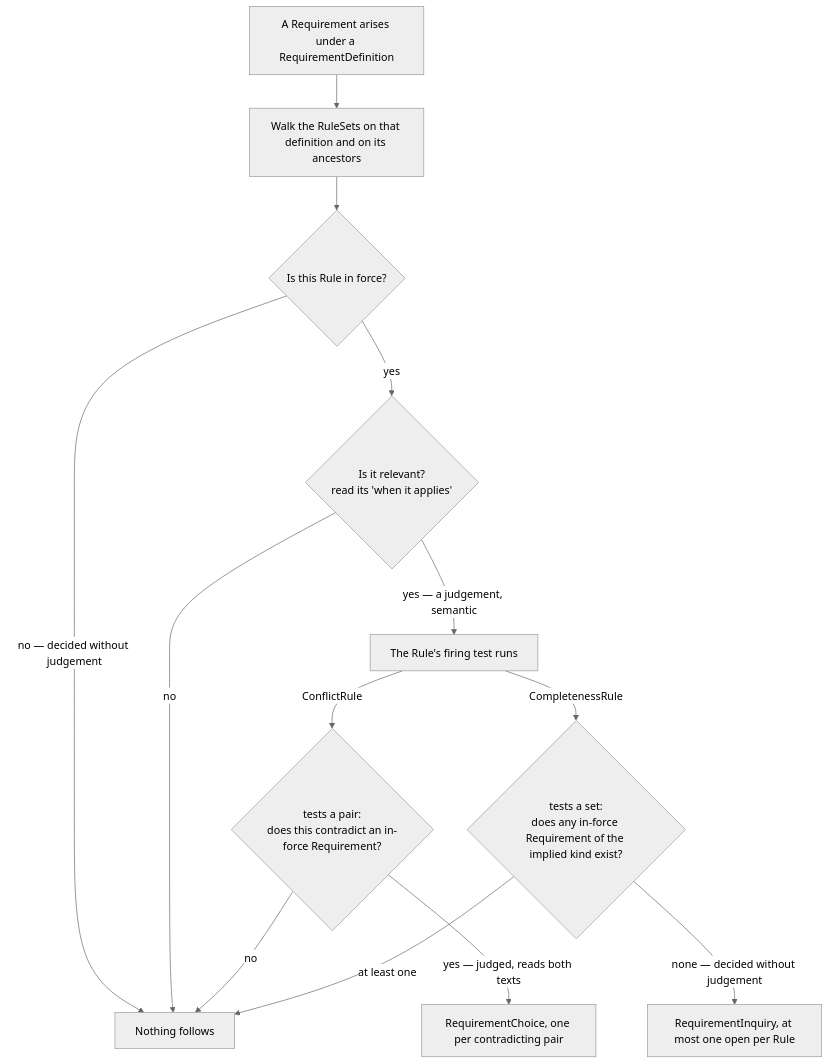
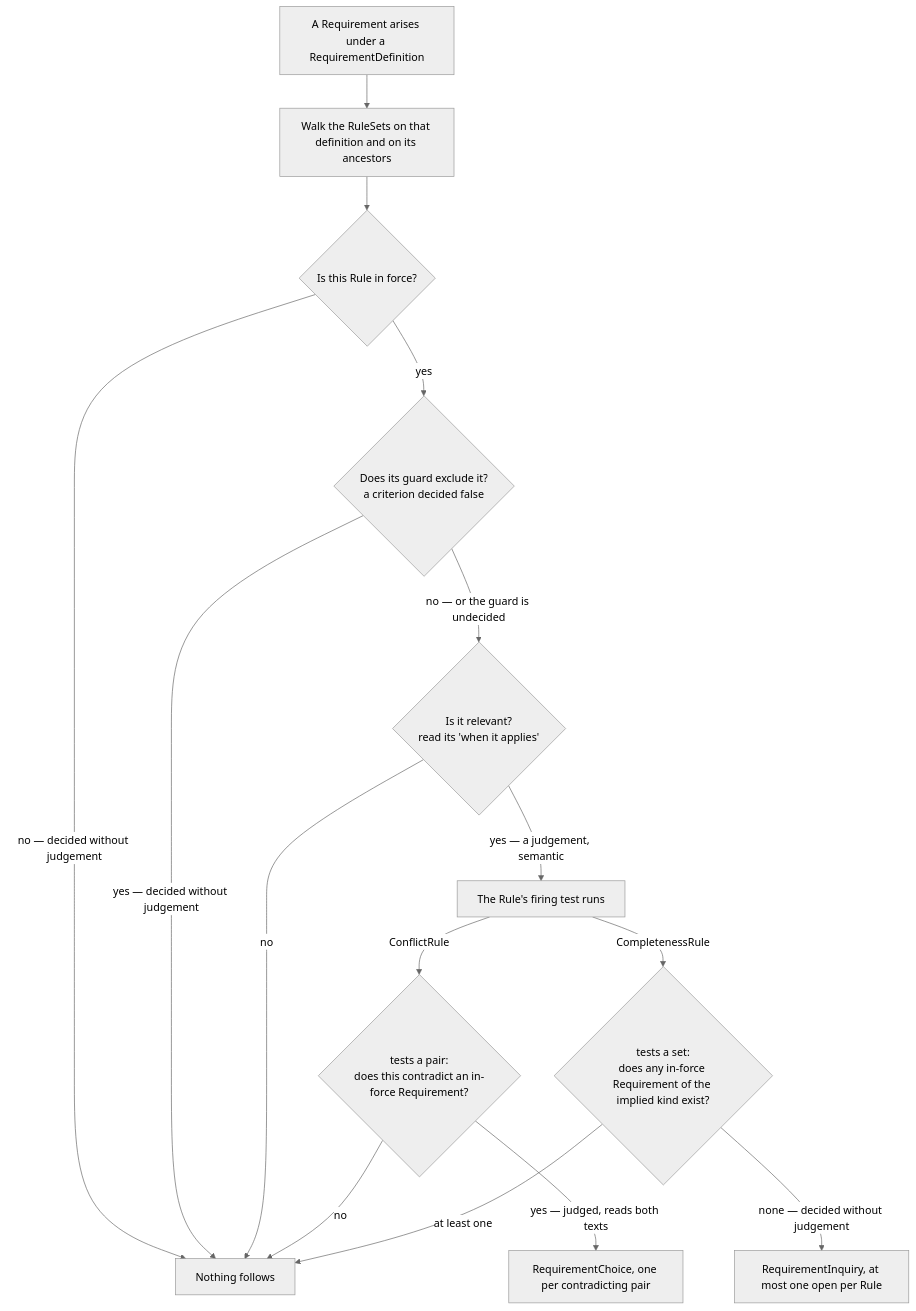
Before and after one commit to szantob/ProjectML: the third of 3 diagrams in spec/03-project-lifecycle-model.md, drawn with Mermaid (neutral theme). The commit also changed other lines of this file, not shown here.

Commit message:
Place the guard in the walk, after the in-force check and before judgement (K105)

````diff
--- a/spec/03-project-lifecycle-model.md
+++ b/spec/03-project-lifecycle-model.md
@@ -414,16 +419,18 @@
 ```mermaid
 flowchart TD
     A["A Requirement arises under a RequirementDefinition"]
     A --> B["Walk the RuleSets on that definition and on its ancestors"]
     B --> S{"Is this Rule in force?"}
     S -->|"no — decided without judgement"| Z["Nothing follows"]
-    S -->|"yes"| C{"Is it relevant?<br/>read its 'when it applies'"}
+    S -->|"yes"| Q{"Does its guard exclude it?<br/>a criterion decided false"}
+    Q -->|"yes — decided without judgement"| Z
+    Q -->|"no — or the guard is undecided"| C{"Is it relevant?<br/>read its 'when it applies'"}
     C -->|"no"| Z
     C -->|"yes — a judgement, semantic"| D["The Rule's firing test runs"]
     D -->|"ConflictRule"| E{"tests a pair:<br/>does this contradict an in-force Requirement?"}
     D -->|"CompletenessRule"| F{"tests a set:<br/>does any in-force Requirement of the implied kind exist?"}
     E -->|"no"| Z
     E -->|"yes — judged, reads both texts"| G["RequirementChoice, one per contradicting pair"]
     F -->|"at least one"| Z
     F -->|"none — decided without judgement"| H["RequirementInquiry, at most one open per Rule"]
 ```
````
